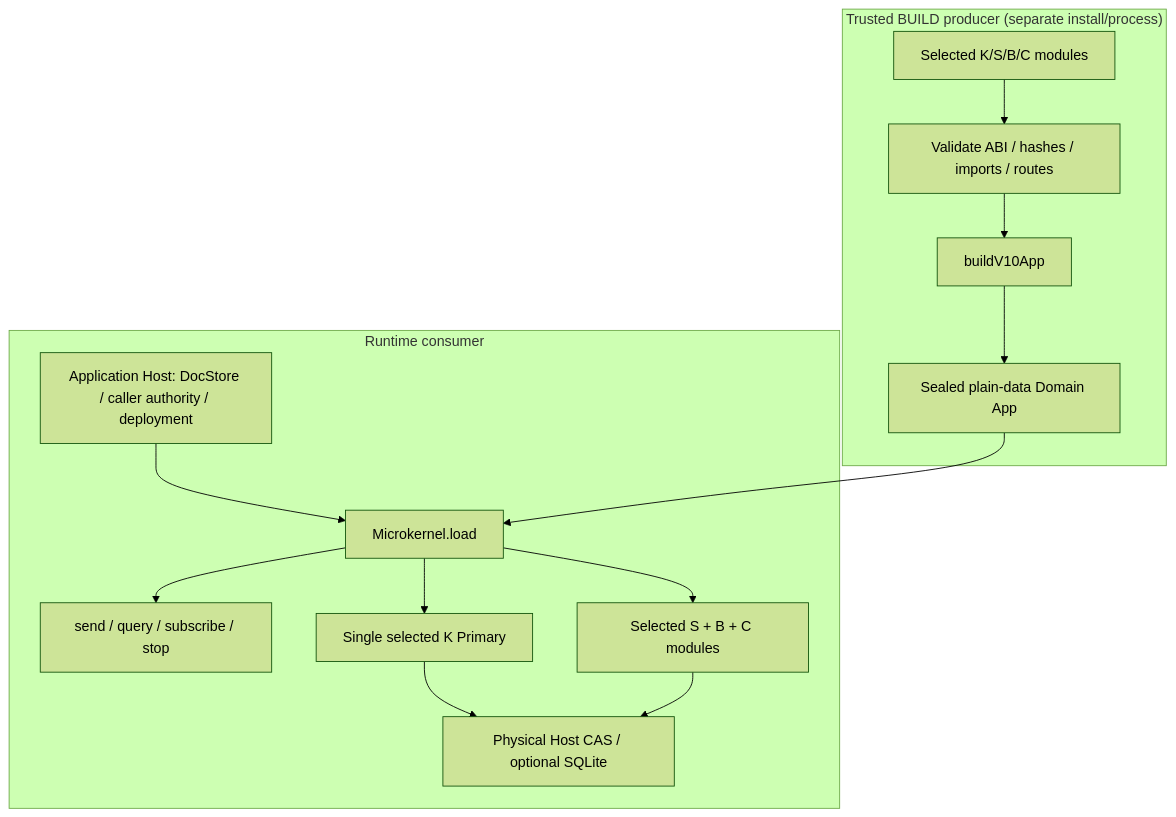
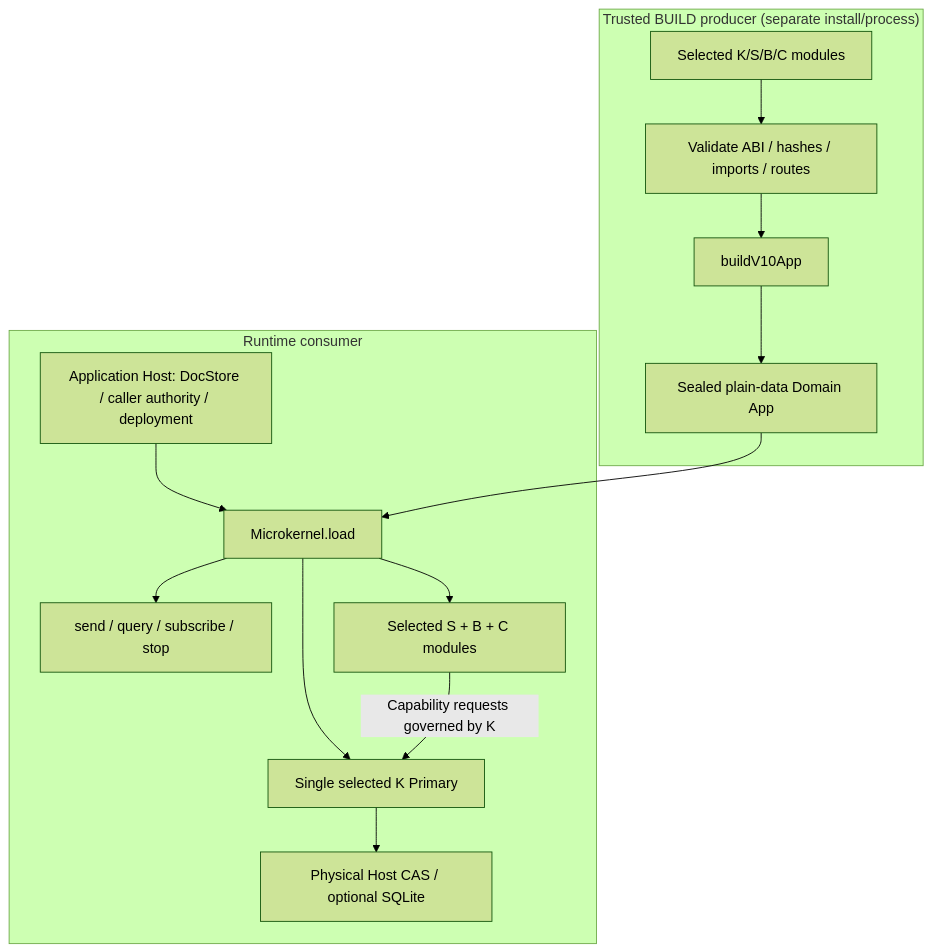
The first of 3 diagrams in docs/current/en/architecture.md (kaicreator-mm/domain-harness), drawn with Mermaid (forest theme) before and after one commit. The commit also changed other lines of this file and 2 other files, not shown here.

Commit message:
docs: make bilingual validator Windows-portable and clarify Kernel-governed Host diagram edges

````diff
--- a/docs/current/en/architecture.md
+++ b/docs/current/en/architecture.md
@@ -9,17 +9,17 @@
 ```mermaid
 flowchart TB
   subgraph P["Trusted BUILD producer (separate install/process)"]
     A["Selected K/S/B/C modules"] --> B["Validate ABI / hashes / imports / routes"]
     B --> C["buildV10App"]
     C --> D["Sealed plain-data Domain App"]
   end
   subgraph R["Runtime consumer"]
     U["Application Host: DocStore / caller authority / deployment"] --> M["Microkernel.load"]
     D --> M
     M --> F["send / query / subscribe / stop"]
     M --> K["Single selected K Primary"]
     M --> S["Selected S + B + C modules"]
     K --> H["Physical Host CAS / optional SQLite"]
-    S --> H
+    S -->|"Capability requests governed by K"| K
   end
 ```
````
